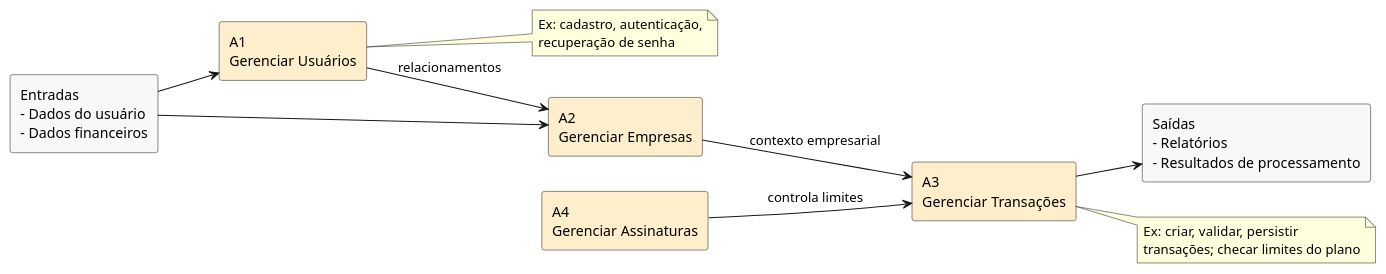
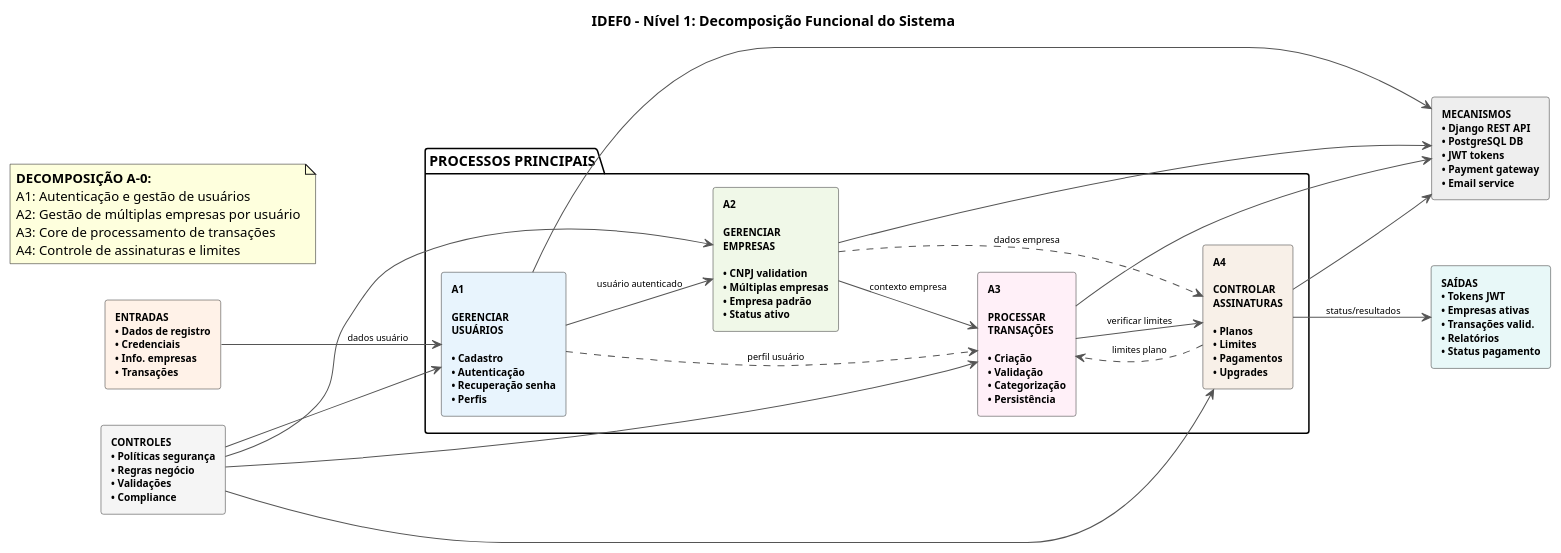
One commit to vinicius00franco/doc-es3-gestao-empresas-financeiro changed the diagram in docs/diagrams/idef0-level1.puml. Above: the diagram before and after it, drawn with PlantUML. The commit also changed 4 other files, not shown here.

Commit message:
Refactor diagrams and enhance documentation for the financial management system; improve clarity, structure, and visual presentation across all UML diagrams.

```diff
--- a/docs/diagrams/idef0-level1.puml
+++ b/docs/diagrams/idef0-level1.puml
@@ -1,32 +1,74 @@
-@startuml
-' IDEF0 - Nível 1 (Decomposição das principais funções)
+@startuml IDEF0_Level1
+title IDEF0 - Nível 1: Decomposição Funcional do Sistema
+' Configurações profissionais
 skinparam defaultFontColor #000000
 skinparam backgroundColor white
+skinparam rectangle {
+    BorderColor #333333
+    FontSize 10
+    FontStyle bold
+}
+skinparam arrow {
+    Color #555555
+    FontColor #000000
+    FontSize 9
+}
+
+' Layout otimizado
 left to right direction
 
-rectangle "Entradas\n- Dados do usuário\n- Dados financeiros" as Inputs #F8F8F8
-rectangle "Saídas\n- Relatórios\n- Resultados de processamento" as Outputs #F8F8F8
+' Entradas principais
+rectangle "**ENTRADAS**\n• Dados de registro\n• Credenciais\n• Info. empresas\n• Transações" as MainInputs #FFF2E8
 
-rectangle "A1\nGerenciar Usuários" as A1 #FFEECC
-rectangle "A2\nGerenciar Empresas" as A2 #FFEECC
-rectangle "A3\nGerenciar Transações" as A3 #FFEECC
-rectangle "A4\nGerenciar Assinaturas" as A4 #FFEECC
+' Processos decompostos (A1-A4)
+package "PROCESSOS PRINCIPAIS" {
+    rectangle "**A1**\n\n**GERENCIAR**\n**USUÁRIOS**\n\n• Cadastro\n• Autenticação\n• Recuperação senha\n• Perfis" as A1 #E8F4FD
+    
+    rectangle "**A2**\n\n**GERENCIAR**\n**EMPRESAS**\n\n• CNPJ validation\n• Múltiplas empresas\n• Empresa padrão\n• Status ativo" as A2 #F0F8E8
+    
+    rectangle "**A3**\n\n**PROCESSAR**\n**TRANSAÇÕES**\n\n• Criação\n• Validação\n• Categorização\n• Persistência" as A3 #FFF0F8
+    
+    rectangle "**A4**\n\n**CONTROLAR**\n**ASSINATURAS**\n\n• Planos\n• Limites\n• Pagamentos\n• Upgrades" as A4 #F8F0E8
+}
 
-Inputs --> A1
-Inputs --> A2
-A1 --> A2 : relacionamentos
-A2 --> A3 : contexto empresarial
-A3 --> Outputs
-A4 --> A3 : controla limites
+' Saídas específicas
+rectangle "**SAÍDAS**\n• Tokens JWT\n• Empresas ativas\n• Transações valid.\n• Relatórios\n• Status pagamento" as MainOutputs #E8F8F8
 
-note right of A1
-  Ex: cadastro, autenticação,
-  recuperação de senha
-end note
+' Controles distribuídos
+rectangle "**CONTROLES**\n• Políticas segurança\n• Regras negócio\n• Validações\n• Compliance" as Controls #F5F5F5
 
-note right of A3
-  Ex: criar, validar, persistir
-  transações; checar limites do plano
+' Mecanismos
+rectangle "**MECANISMOS**\n• Django REST API\n• PostgreSQL DB\n• JWT tokens\n• Payment gateway\n• Email service" as Mechanisms #EEEEEE
+
+' Fluxos principais
+MainInputs --> A1 : dados usuário
+A1 --> A2 : usuário autenticado
+A2 --> A3 : contexto empresa
+A3 --> A4 : verificar limites
+A4 --> MainOutputs : status/resultados
+
+' Controles e mecanismos
+Controls --> A1
+Controls --> A2  
+Controls --> A3
+Controls --> A4
+
+A1 --> Mechanisms
+A2 --> Mechanisms
+A3 --> Mechanisms
+A4 --> Mechanisms
+
+' Fluxos de dados internos
+A1 ..> A3 : perfil usuário
+A2 ..> A4 : dados empresa
+A4 ..> A3 : limites plano
+
+note as ProcessNote
+**DECOMPOSIÇÃO A-0:**
+A1: Autenticação e gestão de usuários
+A2: Gestão de múltiplas empresas por usuário
+A3: Core de processamento de transações
+A4: Controle de assinaturas e limites
 end note
 
 @enduml
```
